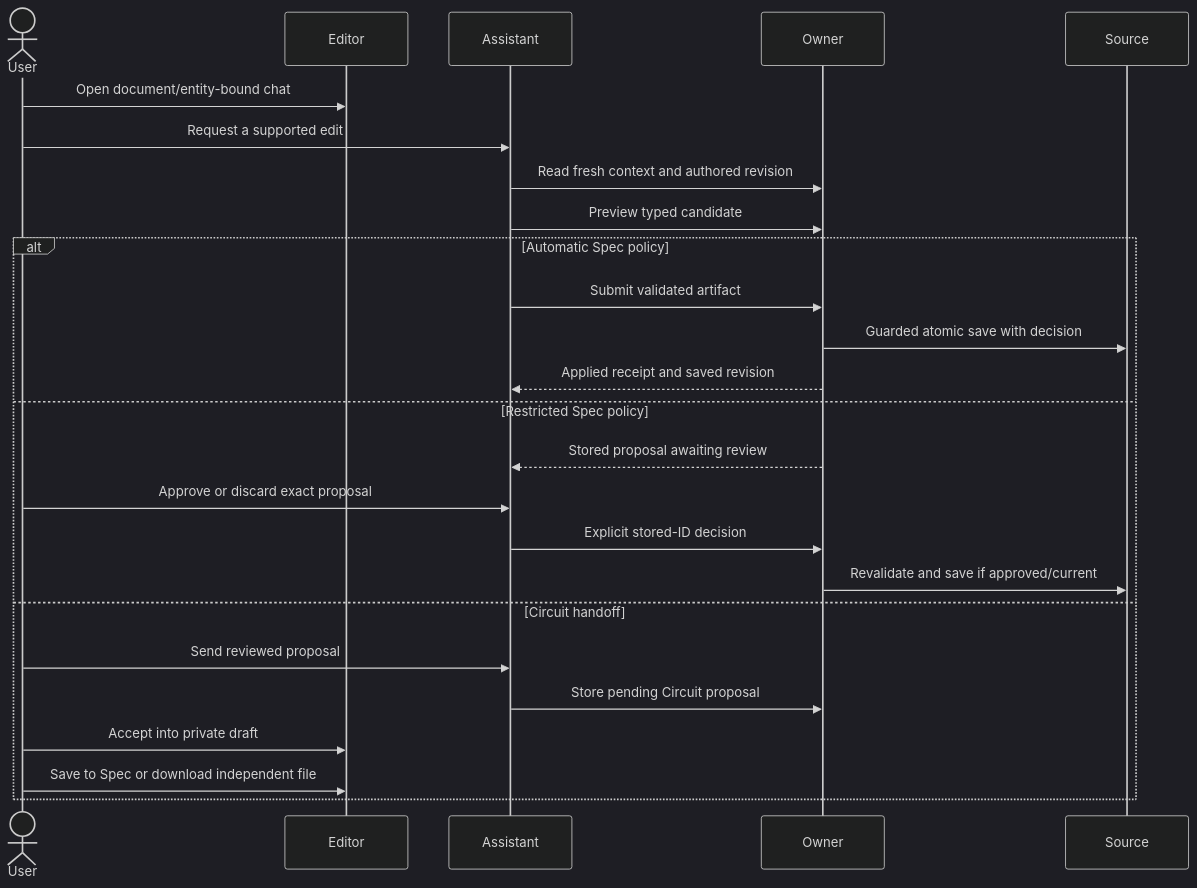
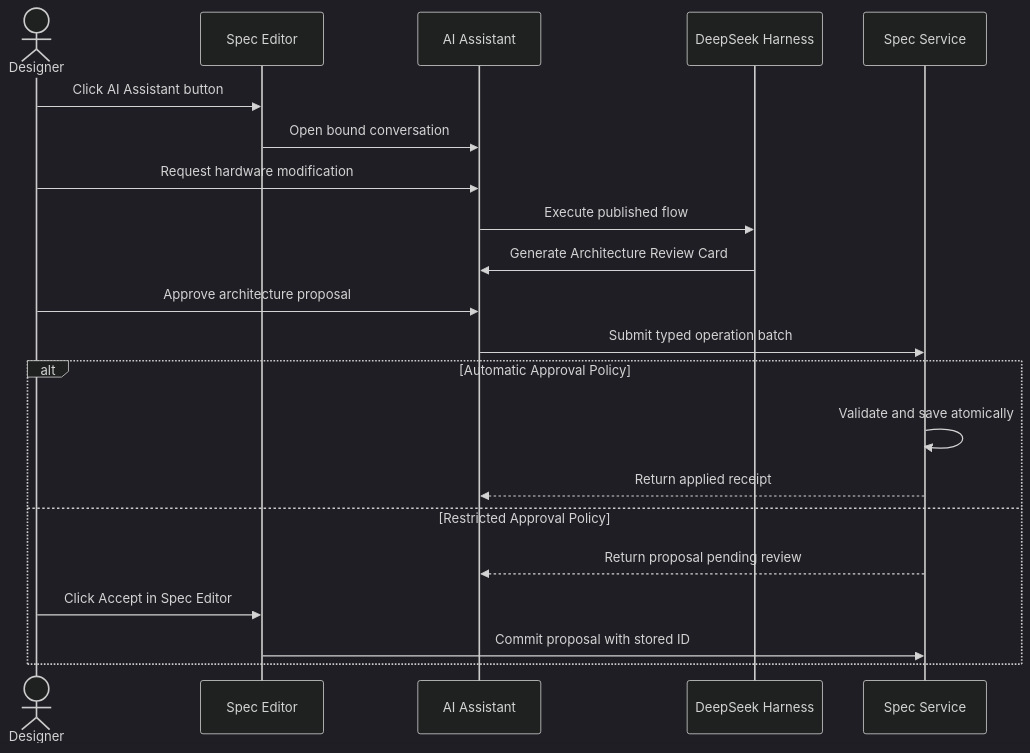
The fourth of 5 diagrams in docs/flows.md (ankdesh/spec2gds), drawn with Mermaid (dark theme) before and after one commit. The commit also changed other lines of this file and 73 other files, not shown here.

````diff
--- a/docs/flows.md
+++ b/docs/flows.md
@@ -134,27 +140,24 @@
 ```mermaid
 sequenceDiagram
-    actor User
-    participant Editor
-    participant Assistant
-    participant Owner
-    participant Source
-    User->>Editor: Open document/entity-bound chat
-    User->>Assistant: Request a supported edit
-    Assistant->>Owner: Read fresh context and authored revision
-    Assistant->>Owner: Preview typed candidate
-    alt Automatic Spec policy
-      Assistant->>Owner: Submit validated artifact
-      Owner->>Source: Guarded atomic save with decision
-      Owner-->>Assistant: Applied receipt and saved revision
-    else Restricted Spec policy
-      Owner-->>Assistant: Stored proposal awaiting review
-      User->>Assistant: Approve or discard exact proposal
-      Assistant->>Owner: Explicit stored-ID decision
-      Owner->>Source: Revalidate and save if approved/current
-    else Circuit handoff
-      User->>Assistant: Send reviewed proposal
-      Assistant->>Owner: Store pending Circuit proposal
-      User->>Editor: Accept into private draft
-      User->>Editor: Save to Spec or download independent file
+    actor Designer
+    participant Editor as Spec Editor
+    participant Assistant as AI Assistant
+    participant Harness as DeepSeek Harness
+    participant SpecService as Spec Service
+
+    Designer->>Editor: Click AI Assistant button
+    Editor->>Assistant: Open bound conversation
+    Designer->>Assistant: Request hardware modification
+    Assistant->>Harness: Execute published flow
+    Harness->>Assistant: Generate Architecture Review Card
+    Designer->>Assistant: Approve architecture proposal
+    Assistant->>SpecService: Submit typed operation batch
+    alt Automatic Approval Policy
+        SpecService->>SpecService: Validate and save atomically
+        SpecService-->>Assistant: Return applied receipt
+    else Restricted Approval Policy
+        SpecService-->>Assistant: Return proposal pending review
+        Designer->>Editor: Click Accept in Spec Editor
+        Editor->>SpecService: Commit proposal with stored ID
     end
 ```
````
